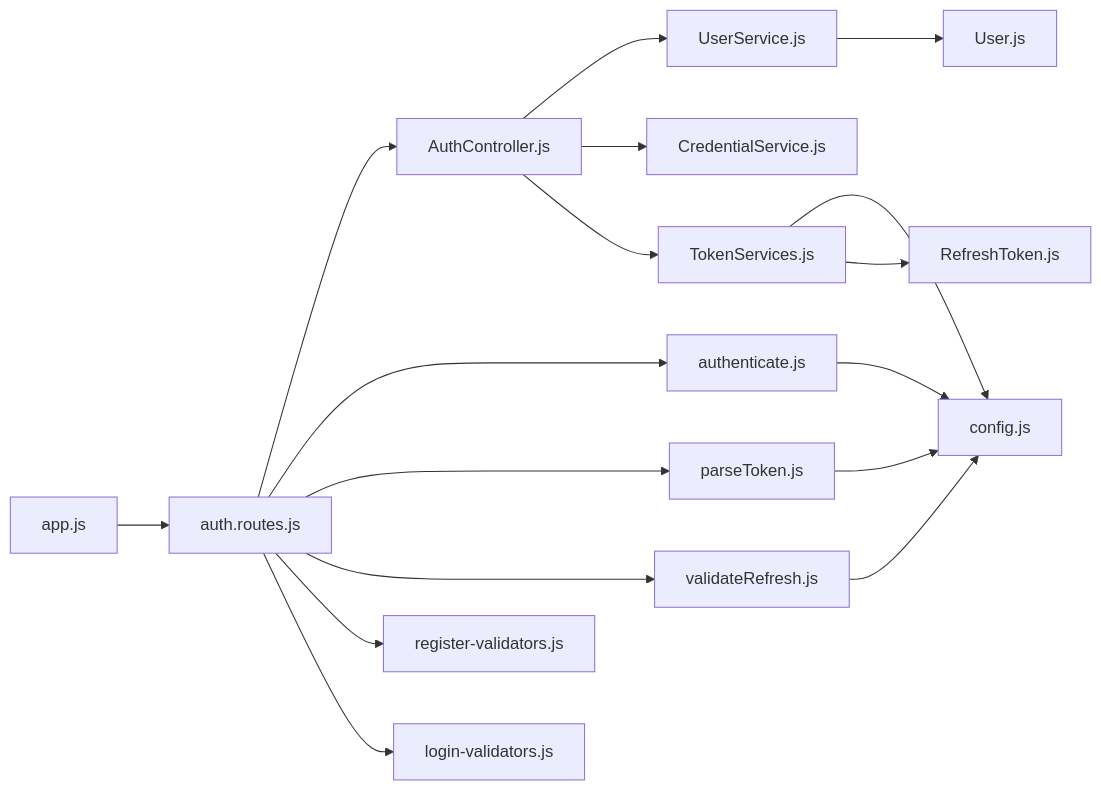
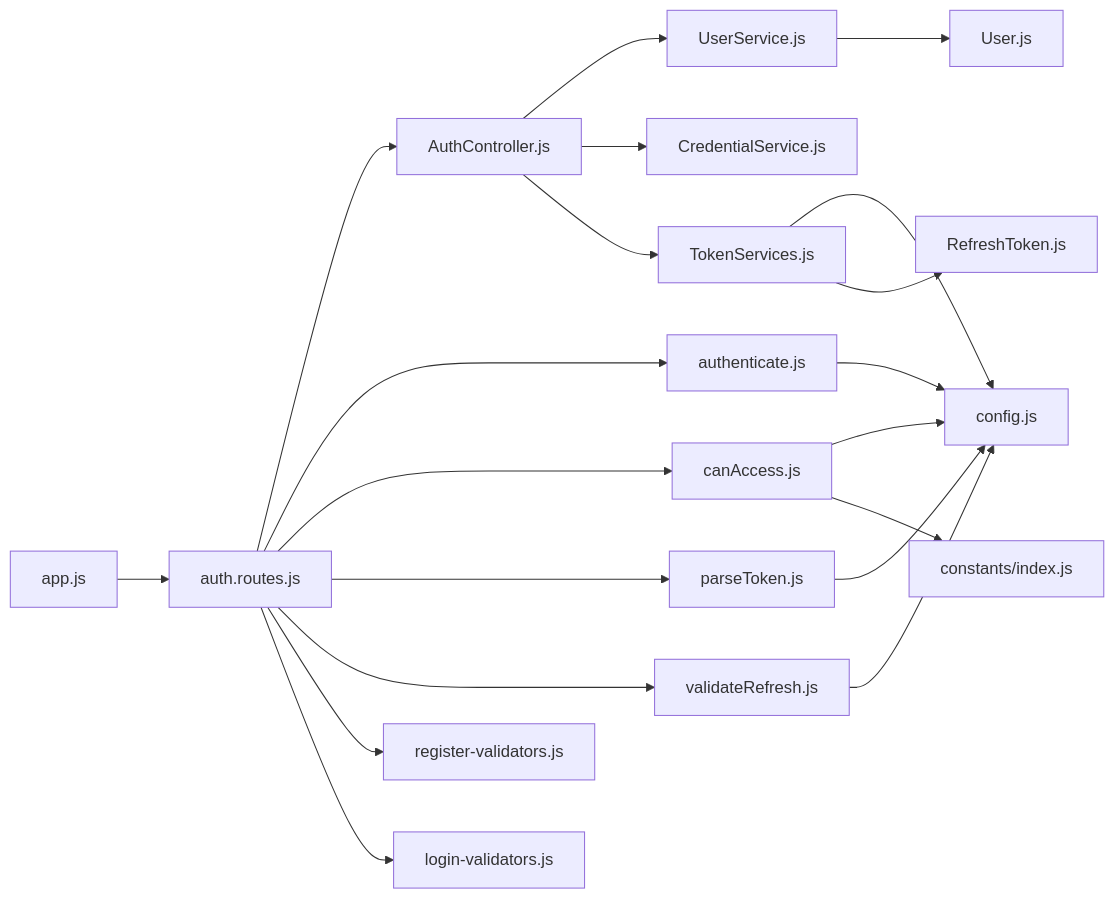
The ninth of 9 diagrams in .qoder/repowiki/en/content/Authentication System/Authentication System.md (Trampoline999/mernspace-c-auth-service), drawn with Mermaid before and after one commit. The commit also changed other lines of this file and 47 other files, not shown here.

````diff
--- a/.qoder/repowiki/en/content/Authentication System/Authentication System.md
+++ b/.qoder/repowiki/en/content/Authentication System/Authentication System.md
@@ -470,19 +558,22 @@
 ```mermaid
 graph LR
 APP["app.js"] --> ROUTES["auth.routes.js"]
 ROUTES --> CTRL["AuthController.js"]
 ROUTES --> MW1["authenticate.js"]
-ROUTES --> MW2["parseToken.js"]
-ROUTES --> MW3["validateRefresh.js"]
+ROUTES --> MW2["canAccess.js"]
+ROUTES --> MW3["parseToken.js"]
+ROUTES --> MW4["validateRefresh.js"]
 ROUTES --> VAL1["register-validators.js"]
 ROUTES --> VAL2["login-validators.js"]
 CTRL --> USVC["UserService.js"]
 CTRL --> CSVC["CredentialService.js"]
 CTRL --> TSVC["TokenServices.js"]
 TSVC --> CONF["config.js"]
 MW1 --> CONF
 MW2 --> CONF
 MW3 --> CONF
+MW4 --> CONF
+MW2 --> CONST["constants/index.js"]
 TSVC --> RM["RefreshToken.js"]
 USVC --> UENT["User.js"]
 ```
````
